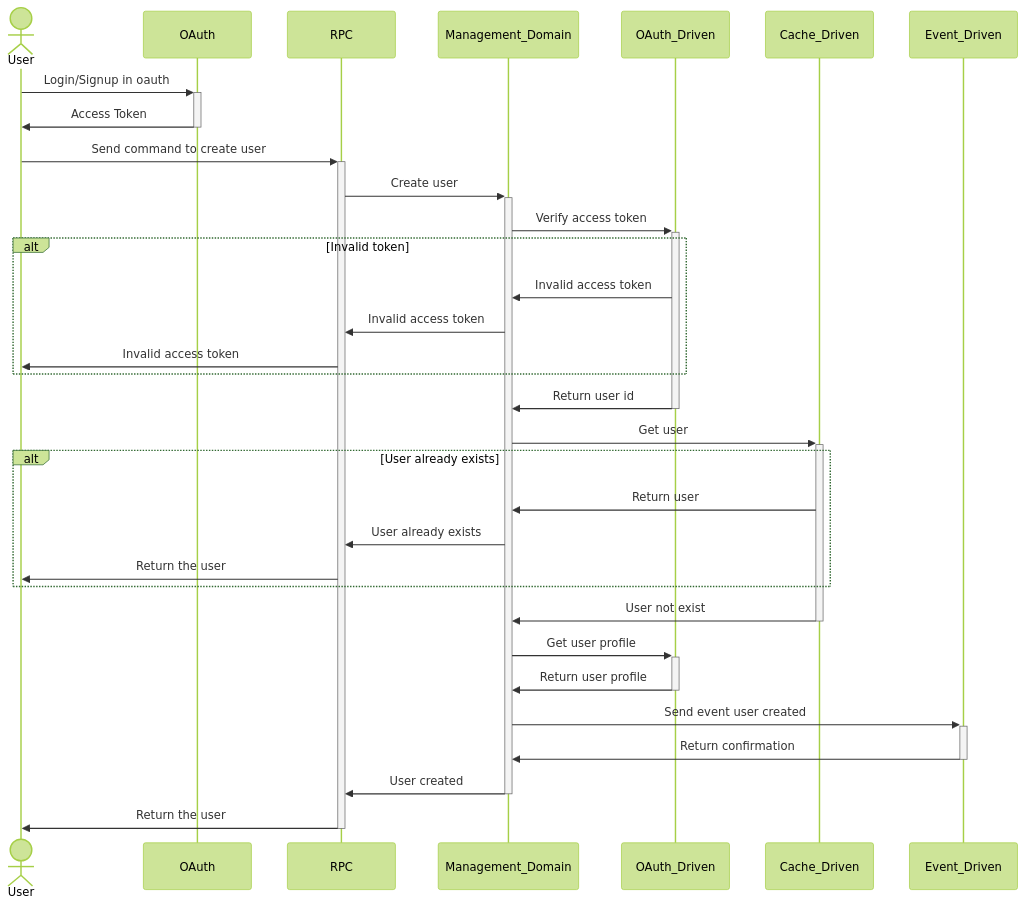
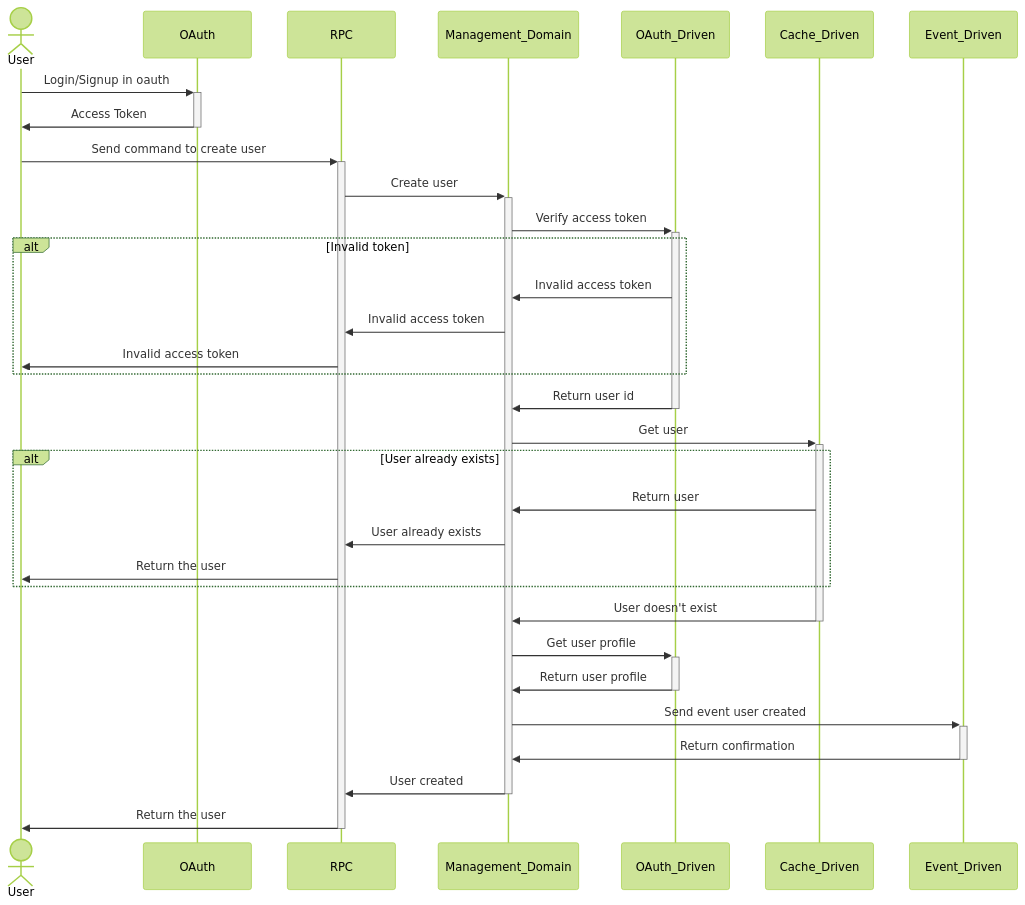
Before and after one commit to demeter-run/fabric: the first of 2 diagrams in diagrams/sequence.md, drawn with Mermaid (forest theme). The commit also changed other lines of this file, not shown here.

Commit message:
docs: event driver user creation flow

````diff
--- a/diagrams/sequence.md
+++ b/diagrams/sequence.md
@@ -9,35 +11,35 @@
 ```mermaid
 sequenceDiagram
     actor User
 
     User->>+OAuth: Login/Signup in oauth
     OAuth->>-User: Access Token
 
     User->>+RPC: Send command to create user
     RPC->>+Management_Domain: Create user
 
     Management_Domain->>+OAuth_Driven: Verify access token
     alt Invalid token
         OAuth_Driven->>Management_Domain: Invalid access token
         Management_Domain->>RPC: Invalid access token
         RPC->>User: Invalid access token
     end
     OAuth_Driven->>-Management_Domain: Return user id
 
     Management_Domain->>+Cache_Driven: Get user
     alt User already exists
         Cache_Driven->>Management_Domain: Return user
         Management_Domain->>RPC: User already exists
         RPC->>User: Return the user
     end
-    Cache_Driven->>-Management_Domain: User not exist
+    Cache_Driven->>-Management_Domain: User doesn't exist
 
     Management_Domain->>+OAuth_Driven: Get user profile
     OAuth_Driven->>-Management_Domain: Return user profile
 
     Management_Domain->>+Event_Driven: Send event user created
     Event_Driven->>-Management_Domain: Return confirmation
 
     Management_Domain->>-RPC: User created
     RPC->>-User: Return the user
 ```
````
